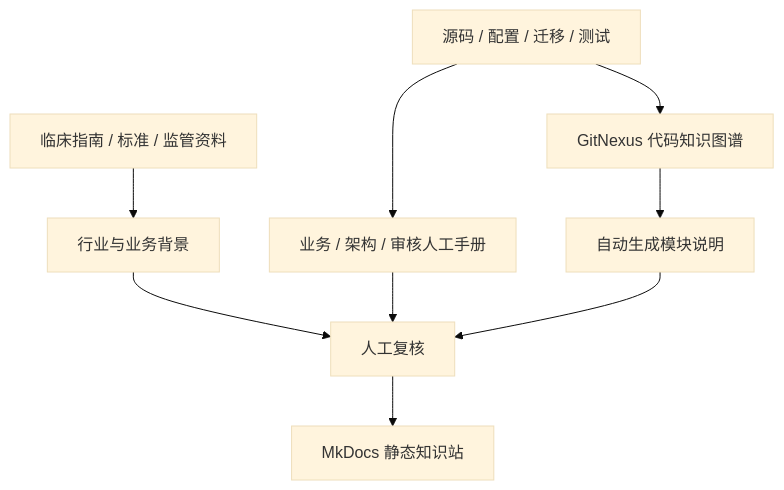
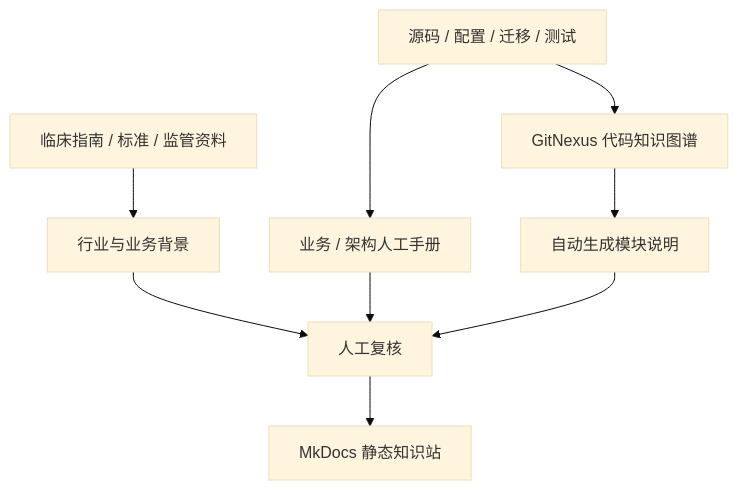
The second of 2 diagrams in docs/index.md (weisiwu/Capnograph), drawn with Mermaid (base theme) before and after one commit. The commit also changed other lines of this file and 24 other files, not shown here.

````diff
--- a/docs/index.md
+++ b/docs/index.md
@@ -120,14 +111,14 @@
 ```mermaid
 flowchart TB
     accTitle: CapnoEasy 知识形成与发布路径
     accDescr: 权威指南、标准和监管资料进入行业背景，源码、配置、数据库迁移和测试进入应用手册和 GitNexus 代码图谱，最终由 MkDocs 汇总为可搜索的静态知识站。
 
     External["临床指南 / 标准 / 监管资料"] --> Industry["行业与业务背景"]
-    Source["源码 / 配置 / 迁移 / 测试"] --> Curated["业务 / 架构 / 审核人工手册"]
+    Source["源码 / 配置 / 迁移 / 测试"] --> Curated["业务 / 架构人工手册"]
     Source --> Graph["GitNexus 代码知识图谱"]
     Graph --> Generated["自动生成模块说明"]
     Industry --> Review["人工复核"]
     Curated --> Review["人工复核"]
     Generated --> Review
     Review --> Site["MkDocs 静态知识站"]
 ```
````
